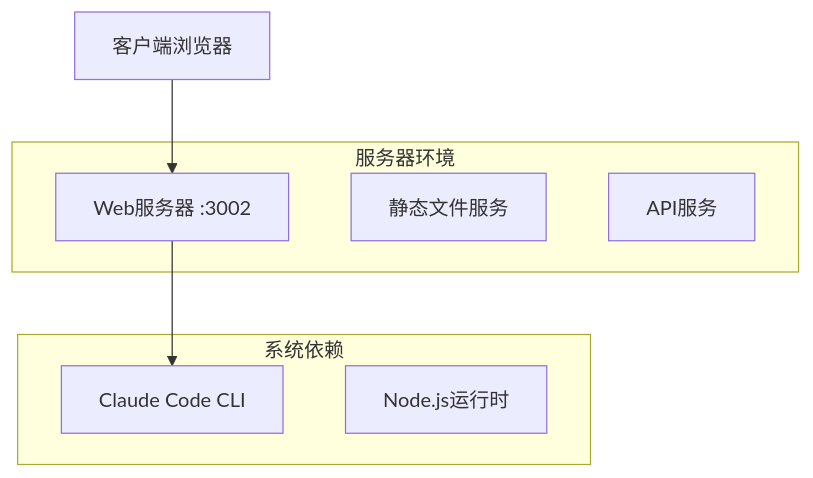
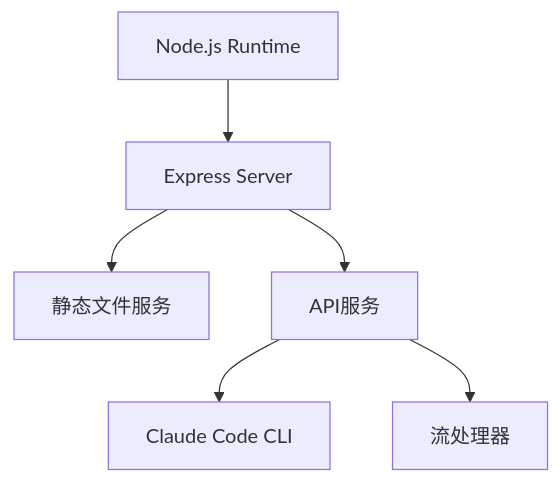
The third of 5 diagrams in demo-real/demo-real-Technical-Overview.md (danielli0522/cc-sdk-demo), drawn with Mermaid before and after one commit. The commit also changed other lines of this file and 3 other files, not shown here.

````diff
--- a/demo-real/demo-real-Technical-Overview.md
+++ b/demo-real/demo-real-Technical-Overview.md
@@ -111,16 +64,8 @@
 ```mermaid
-graph TB
-    A[客户端浏览器] --> B[Web服务器 :3002]
-    B --> C[Claude Code CLI]
-    
-    subgraph 服务器环境
-        B
-        D[静态文件服务]
-        E[API服务]
-    end
-    
-    subgraph 系统依赖
-        C
-        F[Node.js运行时]
-    end
+graph TD
+    A[Node.js Runtime] --> B[Express Server]
+    B --> C[静态文件服务]
+    B --> D[API服务]
+    D --> E[Claude Code CLI]
+    D --> F[流处理器]
 ```
````
